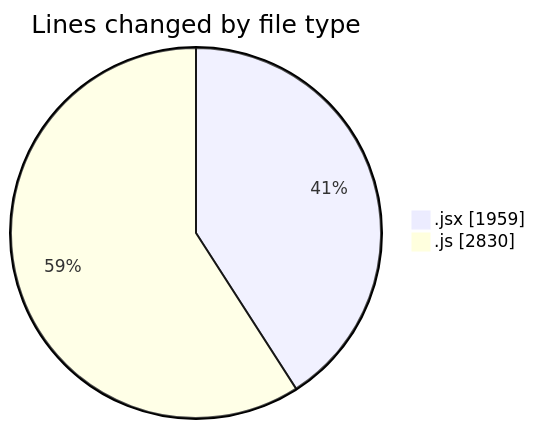
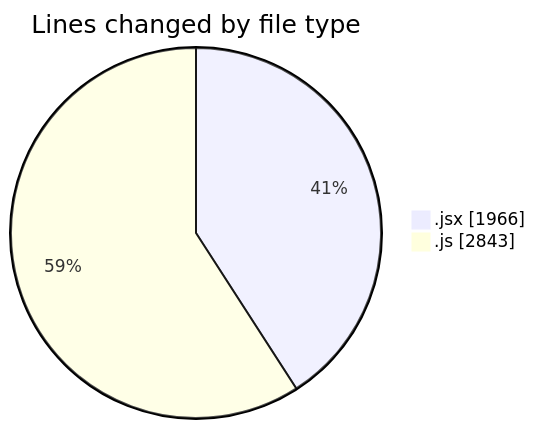
Before and after one commit to nxtqubesakshisongat/code-tracking: the first of 2 diagrams in 2025-11-07/nxtqube_webapp/README.md, drawn with Mermaid. The commit also changed other lines of this file and 1 other file, not shown here.

````diff
--- a/2025-11-07/nxtqube_webapp/README.md
+++ b/2025-11-07/nxtqube_webapp/README.md
@@ -27,6 +27,6 @@
 ```mermaid
 pie showData
 title Lines changed by file type
-".jsx" : 1959
-".js" : 2830
+".jsx" : 1966
+".js" : 2843
 ```
````
